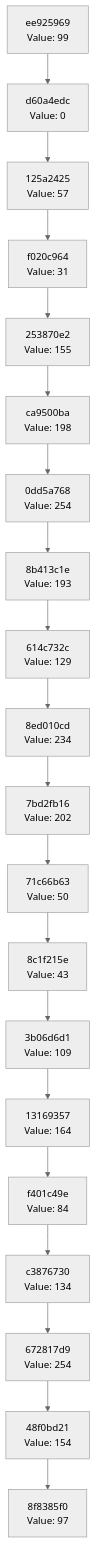
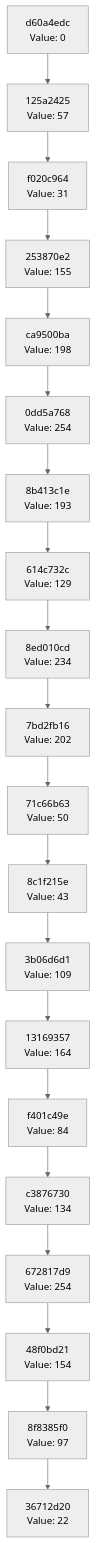
One commit to Abhisheksinha1506/hash-chain-evolver changed the diagram in docs/CHAIN_VISUALIZATION.md. Above: the diagram before and after it, drawn with Mermaid (neutral theme). The commit also changed 3 other files, not shown here.

````diff
--- a/docs/CHAIN_VISUALIZATION.md
+++ b/docs/CHAIN_VISUALIZATION.md
@@ -3,42 +3,42 @@
 ```mermaid
 graph TD
-    C0["8f8385f0<br/>Value: 97"]
-    C1["48f0bd21<br/>Value: 154"]
+    C0["36712d20<br/>Value: 22"]
+    C1["8f8385f0<br/>Value: 97"]
     C1 --> C0
-    C2["672817d9<br/>Value: 254"]
+    C2["48f0bd21<br/>Value: 154"]
     C2 --> C1
-    C3["c3876730<br/>Value: 134"]
+    C3["672817d9<br/>Value: 254"]
     C3 --> C2
-    C4["f401c49e<br/>Value: 84"]
+    C4["c3876730<br/>Value: 134"]
     C4 --> C3
-    C5["13169357<br/>Value: 164"]
+    C5["f401c49e<br/>Value: 84"]
     C5 --> C4
-    C6["3b06d6d1<br/>Value: 109"]
+    C6["13169357<br/>Value: 164"]
     C6 --> C5
-    C7["8c1f215e<br/>Value: 43"]
+    C7["3b06d6d1<br/>Value: 109"]
     C7 --> C6
-    C8["71c66b63<br/>Value: 50"]
+    C8["8c1f215e<br/>Value: 43"]
     C8 --> C7
-    C9["7bd2fb16<br/>Value: 202"]
+    C9["71c66b63<br/>Value: 50"]
     C9 --> C8
-    C10["8ed010cd<br/>Value: 234"]
+    C10["7bd2fb16<br/>Value: 202"]
     C10 --> C9
-    C11["614c732c<br/>Value: 129"]
+    C11["8ed010cd<br/>Value: 234"]
     C11 --> C10
-    C12["8b413c1e<br/>Value: 193"]
+    C12["614c732c<br/>Value: 129"]
     C12 --> C11
-    C13["0dd5a768<br/>Value: 254"]
+    C13["8b413c1e<br/>Value: 193"]
     C13 --> C12
-    C14["ca9500ba<br/>Value: 198"]
+    C14["0dd5a768<br/>Value: 254"]
     C14 --> C13
-    C15["253870e2<br/>Value: 155"]
+    C15["ca9500ba<br/>Value: 198"]
     C15 --> C14
-    C16["f020c964<br/>Value: 31"]
+    C16["253870e2<br/>Value: 155"]
     C16 --> C15
-    C17["125a2425<br/>Value: 57"]
+    C17["f020c964<br/>Value: 31"]
     C17 --> C16
-    C18["d60a4edc<br/>Value: 0"]
+    C18["125a2425<br/>Value: 57"]
     C18 --> C17
-    C19["ee925969<br/>Value: 99"]
+    C19["d60a4edc<br/>Value: 0"]
     C19 --> C18
 ```
````
